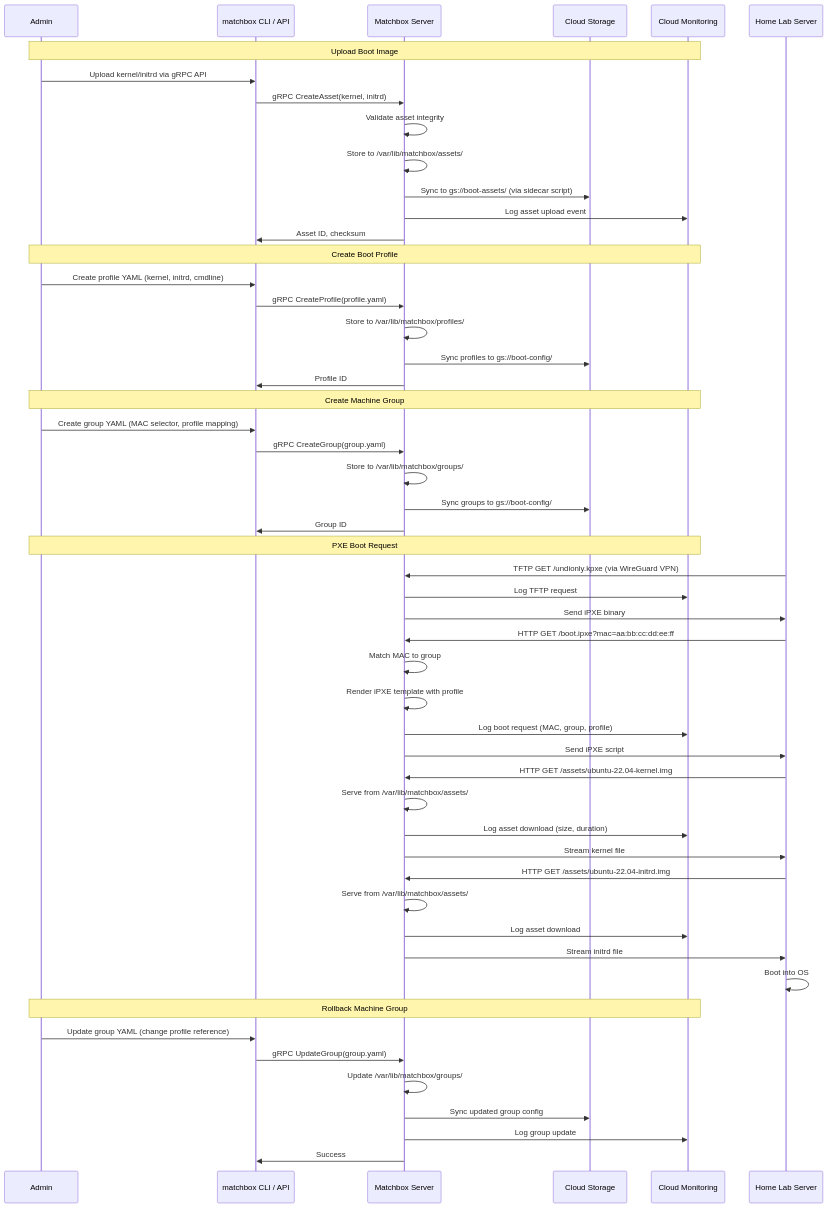
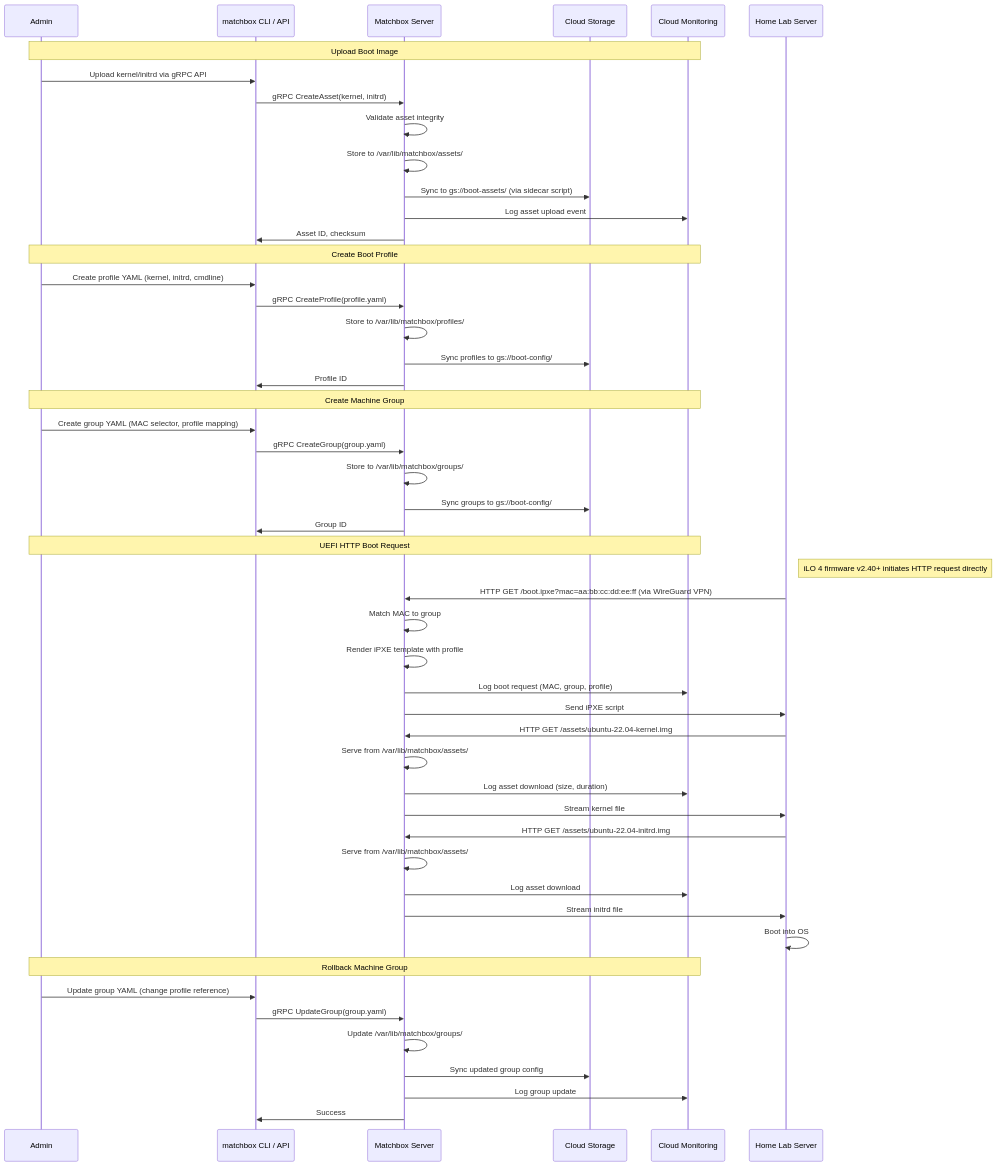
The fourth of 7 diagrams in docs/content/r&d/adrs/0005-network-boot-infrastructure-gcp.md (Zaba505/infra), drawn with Mermaid before and after one commit. The commit also changed other lines of this file, not shown here.

````diff
--- a/docs/content/r&d/adrs/0005-network-boot-infrastructure-gcp.md
+++ b/docs/content/r&d/adrs/0005-network-boot-infrastructure-gcp.md
@@ -311,63 +357,60 @@
 ```mermaid
 sequenceDiagram
     participant Admin
     participant CLI as matchbox CLI / API
     participant Matchbox as Matchbox Server
     participant Storage as Cloud Storage
     participant Monitor as Cloud Monitoring
 
     Note over Admin,Monitor: Upload Boot Image
     Admin->>CLI: Upload kernel/initrd via gRPC API
     CLI->>Matchbox: gRPC CreateAsset(kernel, initrd)
     Matchbox->>Matchbox: Validate asset integrity
     Matchbox->>Matchbox: Store to /var/lib/matchbox/assets/
     Matchbox->>Storage: Sync to gs://boot-assets/ (via sidecar script)
     Matchbox->>Monitor: Log asset upload event
     Matchbox->>CLI: Asset ID, checksum
 
     Note over Admin,Monitor: Create Boot Profile
     Admin->>CLI: Create profile YAML (kernel, initrd, cmdline)
     CLI->>Matchbox: gRPC CreateProfile(profile.yaml)
     Matchbox->>Matchbox: Store to /var/lib/matchbox/profiles/
     Matchbox->>Storage: Sync profiles to gs://boot-config/
     Matchbox->>CLI: Profile ID
 
     Note over Admin,Monitor: Create Machine Group
     Admin->>CLI: Create group YAML (MAC selector, profile mapping)
     CLI->>Matchbox: gRPC CreateGroup(group.yaml)
     Matchbox->>Matchbox: Store to /var/lib/matchbox/groups/
     Matchbox->>Storage: Sync groups to gs://boot-config/
     Matchbox->>CLI: Group ID
 
-    Note over Admin,Monitor: PXE Boot Request
+    Note over Admin,Monitor: UEFI HTTP Boot Request
     participant Server as Home Lab Server
-    Server->>Matchbox: TFTP GET /undionly.kpxe (via WireGuard VPN)
-    Matchbox->>Monitor: Log TFTP request
-    Matchbox->>Server: Send iPXE binary
-    
-    Server->>Matchbox: HTTP GET /boot.ipxe?mac=aa:bb:cc:dd:ee:ff
+    Note right of Server: iLO 4 firmware v2.40+ initiates HTTP request directly
+    Server->>Matchbox: HTTP GET /boot.ipxe?mac=aa:bb:cc:dd:ee:ff (via WireGuard VPN)
     Matchbox->>Matchbox: Match MAC to group
     Matchbox->>Matchbox: Render iPXE template with profile
     Matchbox->>Monitor: Log boot request (MAC, group, profile)
     Matchbox->>Server: Send iPXE script
     
     Server->>Matchbox: HTTP GET /assets/ubuntu-22.04-kernel.img
     Matchbox->>Matchbox: Serve from /var/lib/matchbox/assets/
     Matchbox->>Monitor: Log asset download (size, duration)
     Matchbox->>Server: Stream kernel file
     
     Server->>Matchbox: HTTP GET /assets/ubuntu-22.04-initrd.img
     Matchbox->>Matchbox: Serve from /var/lib/matchbox/assets/
     Matchbox->>Monitor: Log asset download
     Matchbox->>Server: Stream initrd file
     
     Server->>Server: Boot into OS
     
     Note over Admin,Monitor: Rollback Machine Group
     Admin->>CLI: Update group YAML (change profile reference)
     CLI->>Matchbox: gRPC UpdateGroup(group.yaml)
     Matchbox->>Matchbox: Update /var/lib/matchbox/groups/
     Matchbox->>Storage: Sync updated group config
     Matchbox->>Monitor: Log group update
     Matchbox->>CLI: Success
 ```
````
